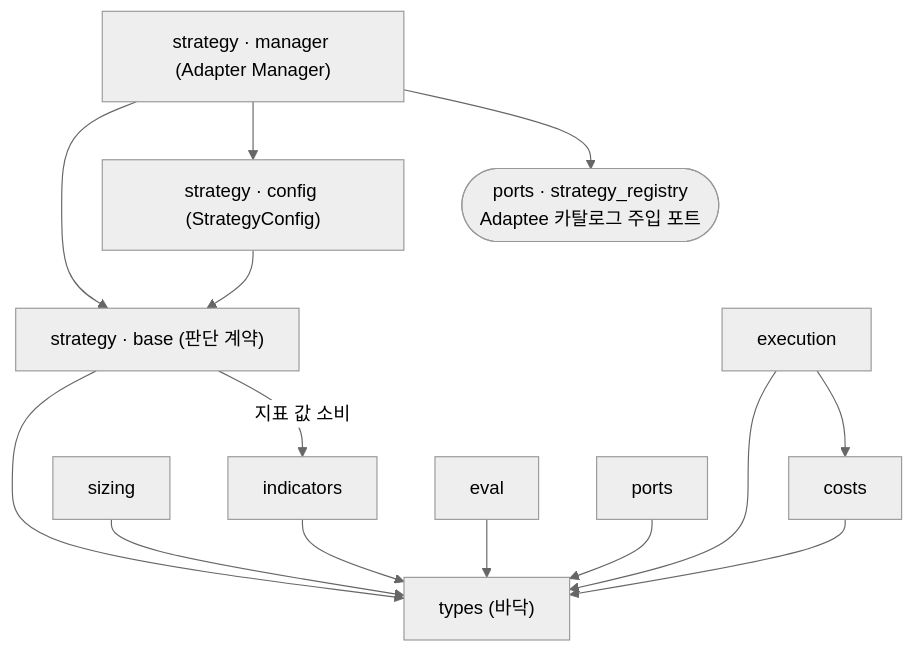
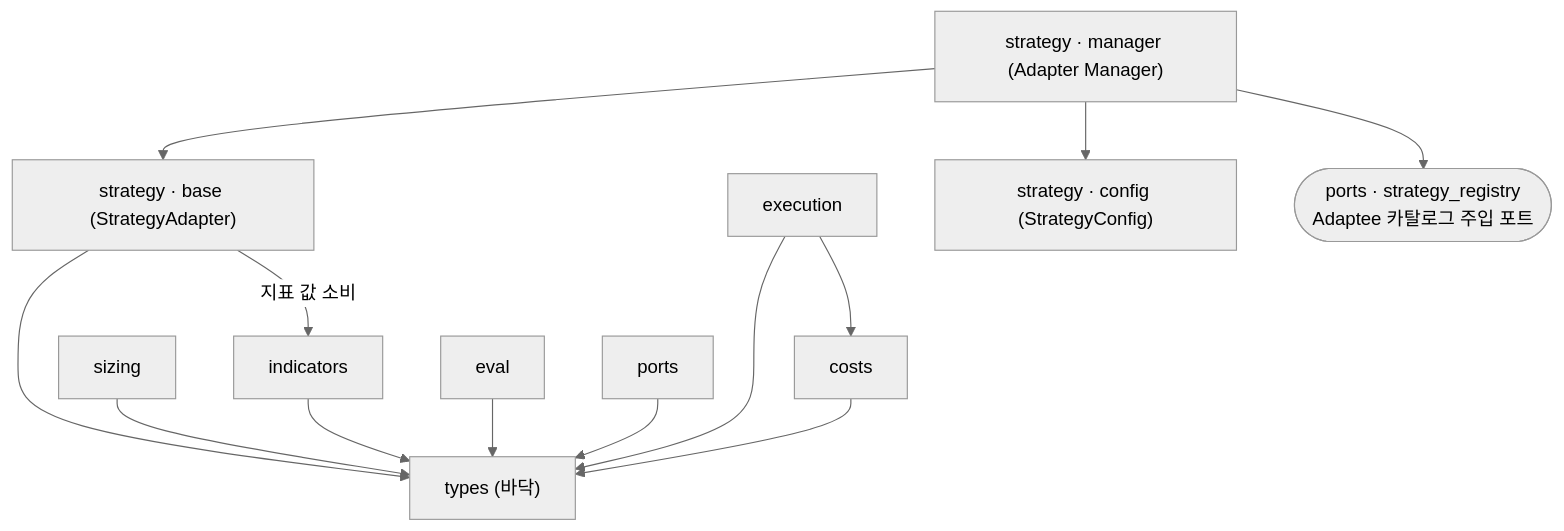
Before and after one commit to vessel35/trading-system-v2: the second of 17 diagrams in docs/fullspec/backtest_v2_detailed_design.md, drawn with Mermaid (neutral theme). The commit also changed other lines of this file, not shown here.

````diff
--- a/docs/fullspec/backtest_v2_detailed_design.md
+++ b/docs/fullspec/backtest_v2_detailed_design.md
@@ -357,28 +395,27 @@
 ```mermaid
 flowchart TD
     TYPES["types (바닥)"]
     IND["indicators"]
     SIZ["sizing"]
     CST["costs"]
     EVAL["eval"]
     PORT["ports"]
-    STRAT["strategy · base (판단 계약)"]
+    STRAT["strategy · base (StrategyAdapter)"]
     EXE["execution"]
     MGR["strategy · manager (Adapter Manager)"]
     CFG["strategy · config (StrategyConfig)"]
     REG(["ports · strategy_registry<br/>Adaptee 카탈로그 주입 포트"])
 
     IND --> TYPES
     SIZ --> TYPES
     CST --> TYPES
     EVAL --> TYPES
     PORT --> TYPES
     STRAT --> TYPES
     STRAT -->|지표 값 소비| IND
     EXE --> TYPES
     EXE --> CST
     MGR --> STRAT
     MGR --> CFG
     MGR --> REG
-    CFG --> STRAT
 ```
````
